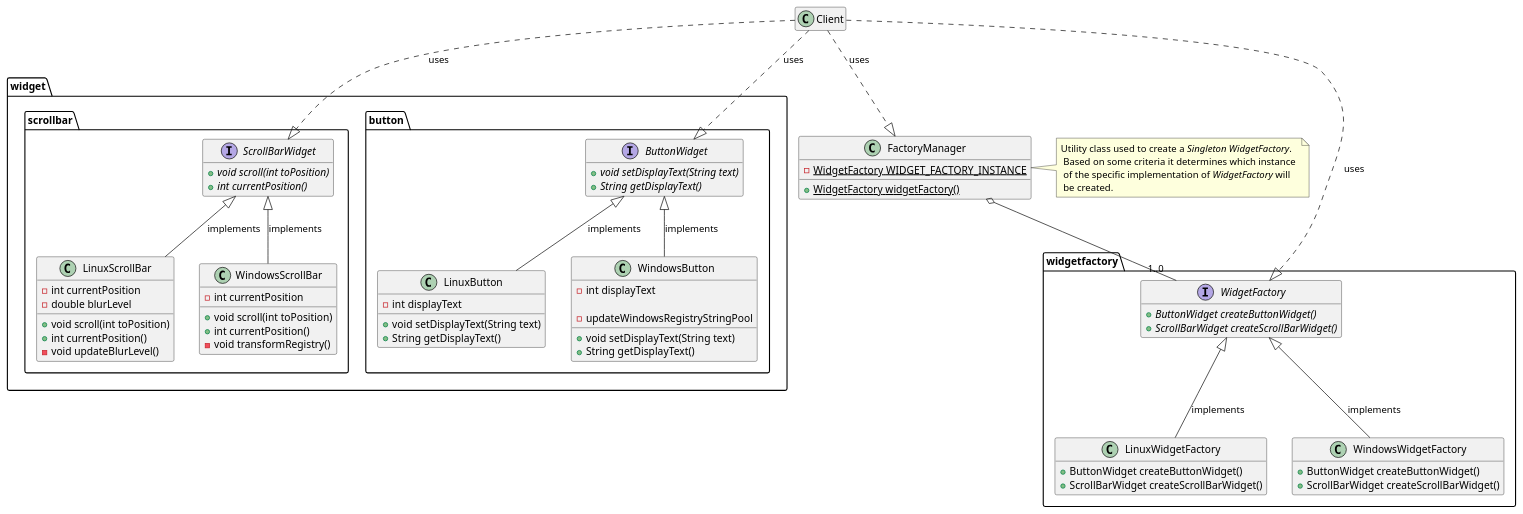
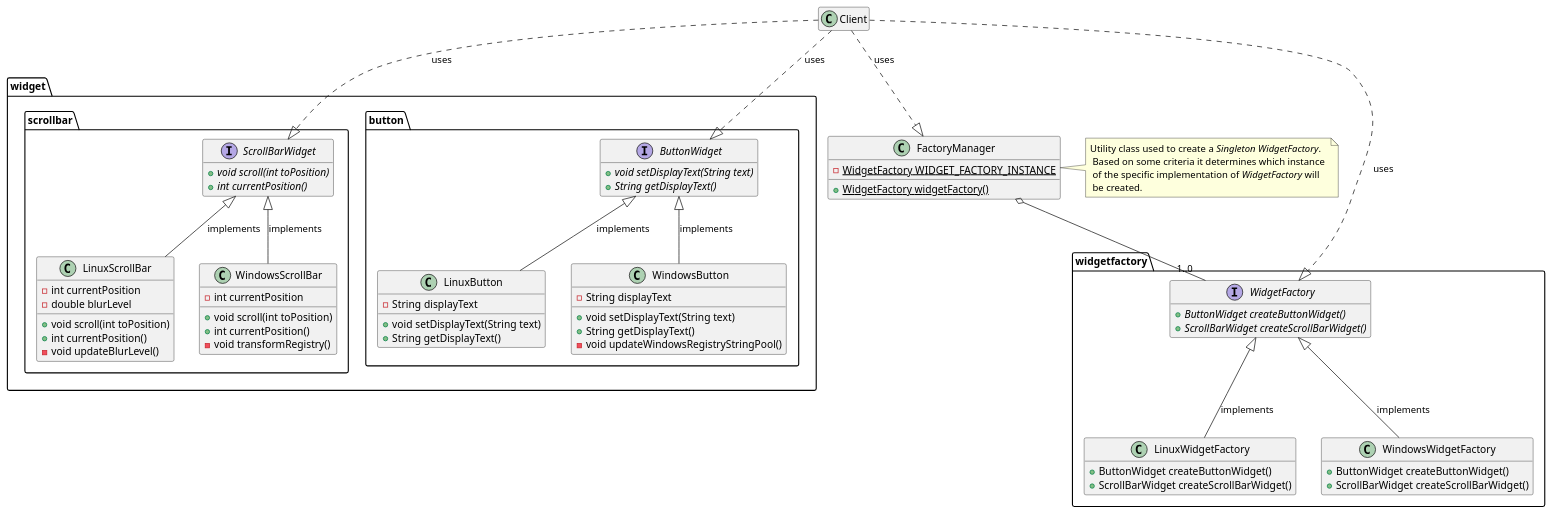
One commit to lealceldeiro/gems changed the diagram in DesignPatternsElementsOfReusableObjectOrientesSoftware/Chapter03/AbstractFactory/AbstractFactoryPattern.puml. Above: the diagram before and after it, drawn with PlantUML.

Commit message:
Update AbstractFactoryPattern.puml
Fix method signature and field type in diagram

```diff
--- a/DesignPatternsElementsOfReusableObjectOrientesSoftware/Chapter03/AbstractFactory/AbstractFactoryPattern.puml
+++ b/DesignPatternsElementsOfReusableObjectOrientesSoftware/Chapter03/AbstractFactory/AbstractFactoryPattern.puml
@@ -1,88 +1,88 @@
 @startuml
 package widgetfactory {
     interface WidgetFactory {
         + {abstract} ButtonWidget createButtonWidget()
         + {abstract} ScrollBarWidget createScrollBarWidget()
     }
     class LinuxWidgetFactory {
         + ButtonWidget createButtonWidget()
         + ScrollBarWidget createScrollBarWidget()
     }
     class WindowsWidgetFactory {
         + ButtonWidget createButtonWidget()
         + ScrollBarWidget createScrollBarWidget()
     }
 
     WidgetFactory <|-- LinuxWidgetFactory : implements
     WidgetFactory <|-- WindowsWidgetFactory : implements
 }
 
 package widget {
     package scrollbar {
         interface ScrollBarWidget {
             + {abstract} void scroll(int toPosition)
             + {abstract} int currentPosition()
         }
         class LinuxScrollBar {
             - int currentPosition
             - double blurLevel
 
             + void scroll(int toPosition)
             + int currentPosition()
             - void updateBlurLevel()
         }
         class WindowsScrollBar {
             - int currentPosition
 
             + void scroll(int toPosition)
             + int currentPosition()
             - void transformRegistry()
         }
     }
     package button {
         interface ButtonWidget {
             + {abstract} void setDisplayText(String text)
             + {abstract} String getDisplayText()
         }
         class LinuxButton {
-            - int displayText
+            - String displayText
 
             + void setDisplayText(String text)
             + String getDisplayText()
         }
 
         class WindowsButton {
-            - int displayText
+            - String displayText
 
             + void setDisplayText(String text)
             + String getDisplayText()
-            - updateWindowsRegistryStringPool
+            - void updateWindowsRegistryStringPool()
         }
     }
 }
 
 ScrollBarWidget <|-- LinuxScrollBar : implements
 ButtonWidget <|-- LinuxButton : implements
 
 ScrollBarWidget <|-- WindowsScrollBar : implements
 ButtonWidget <|-- WindowsButton : implements
 
 class FactoryManager {
     - {static} WidgetFactory WIDGET_FACTORY_INSTANCE
 
     + {static} WidgetFactory widgetFactory()
 }
 class FactoryManager
 note right: Utility class used to create a <i>Singleton</i> <i>WidgetFactory</i>. \n Based on some criteria it determines which instance \n of the specific implementation of <i>WidgetFactory</i> will \n be created.
 
 FactoryManager o-- "1..0" WidgetFactory
 
 class Client
 
 Client ..|> FactoryManager : uses
 Client ..|> ButtonWidget : uses
 Client ..|> ScrollBarWidget : uses
 Client ..|> WidgetFactory : uses
 
 hide empty members
 @enduml
```
